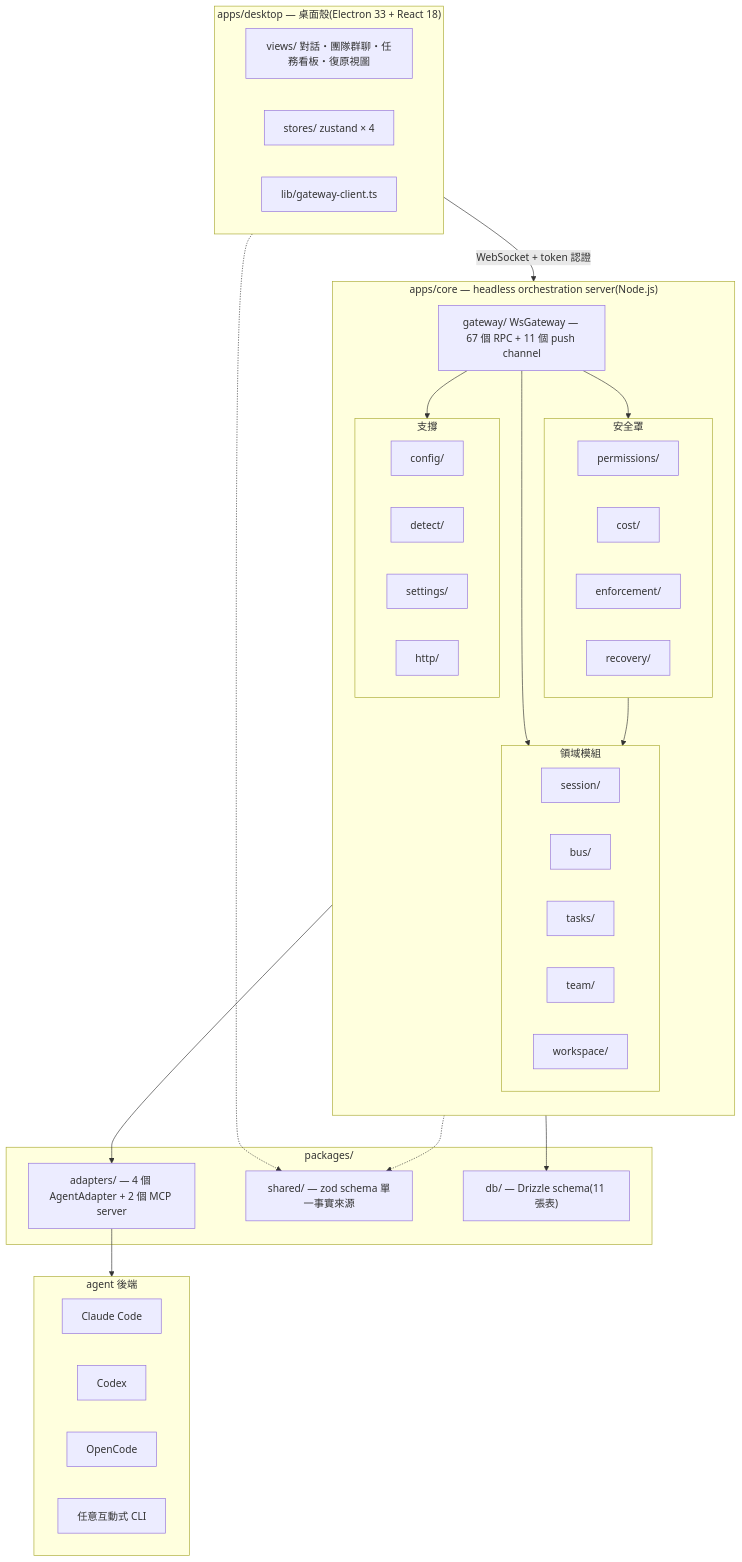
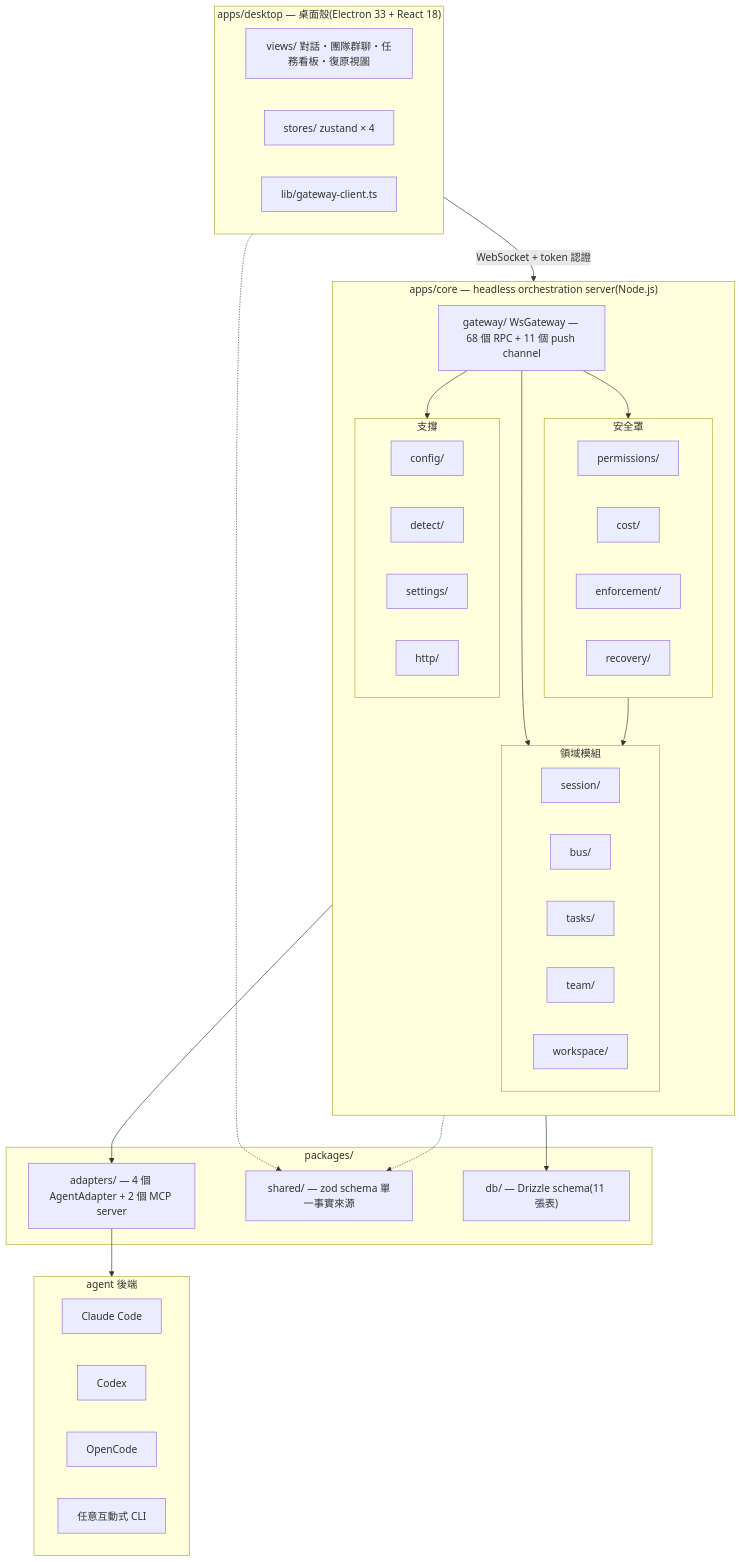
One commit to xing-101729/deskmony changed the first of 6 diagrams in docs/ARCHITECTURE.md. Above: the diagram before and after it, drawn with Mermaid. The commit also changed other lines of this file and 3 other files, not shown here.

````diff
--- a/docs/ARCHITECTURE.md
+++ b/docs/ARCHITECTURE.md
@@ -45,61 +45,61 @@
 ```mermaid
 flowchart TB
     subgraph SHELL["apps/desktop — 桌面殼(Electron 33 + React 18)"]
         direction LR
         Views["views/ 對話・團隊群聊・任務看板・復原視圖"]
         Stores["stores/ zustand × 4"]
         GWC["lib/gateway-client.ts"]
     end
 
     subgraph CORE["apps/core — headless orchestration server(Node.js)"]
         direction TB
-        GW["gateway/ WsGateway — 67 個 RPC + 11 個 push channel"]
+        GW["gateway/ WsGateway — 68 個 RPC + 11 個 push channel"]
         subgraph DOMAIN["領域模組"]
             direction LR
             Sess["session/"]
             Bus["bus/"]
             Task["tasks/"]
             Team["team/"]
             Work["workspace/"]
         end
         subgraph SHIELD["安全罩"]
             direction LR
             Perm["permissions/"]
             Cost["cost/"]
             Enf["enforcement/"]
             Rec["recovery/"]
         end
         subgraph SUPPORT["支撐"]
             direction LR
             Cfg["config/"]
             Det["detect/"]
             Set["settings/"]
             Http["http/"]
         end
     end
 
     subgraph PKG["packages/"]
         Adapters["adapters/ — 4 個 AgentAdapter + 2 個 MCP server"]
         Shared["shared/ — zod schema 單一事實來源"]
         Db["db/ — Drizzle schema(11 張表)"]
     end
 
     subgraph BACKENDS["agent 後端"]
         direction LR
         CC["Claude Code"]
         CDX["Codex"]
         OCS["OpenCode"]
         ANY["任意互動式 CLI"]
     end
 
     SHELL -- "WebSocket + token 認證" --> GW
     GW --> DOMAIN
     GW --> SHIELD
     GW --> SUPPORT
     DOMAIN --> Adapters
     SHIELD --> DOMAIN
     CORE --> Db
     Adapters --> BACKENDS
     SHELL -.-> Shared
     CORE -.-> Shared
 ```
````
